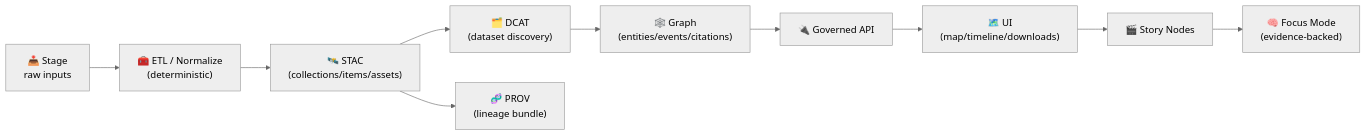
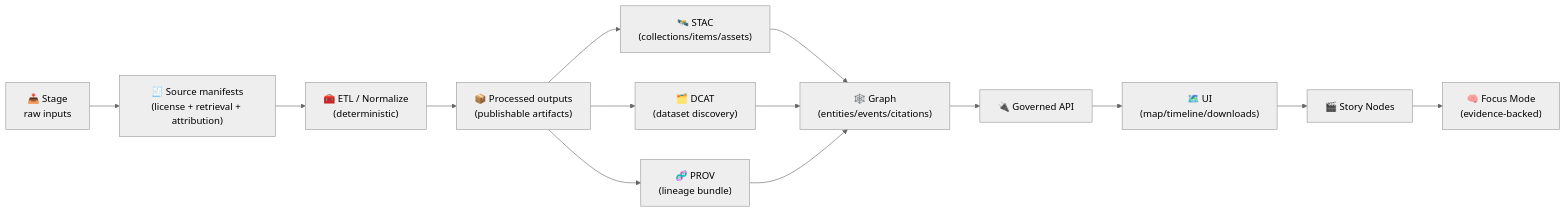
One commit to bartytime4life/Kansas-Frontier-Matrix changed the diagram in data/catalog/README.md. Above: the diagram before and after it, drawn with Mermaid (neutral theme). The commit also changed other lines of this file, not shown here.

````diff
--- a/data/catalog/README.md
+++ b/data/catalog/README.md
@@ -79,12 +89,19 @@
 ```mermaid
 flowchart LR
-  RAW["📥 Stage<br/>raw inputs"] --> ETL["🧰 ETL / Normalize<br/>(deterministic)"]
-  ETL --> STAC["🛰️ STAC<br/>(collections/items/assets)"]
-  STAC --> DCAT["🗂️ DCAT<br/>(dataset discovery)"]
-  STAC --> PROV["🧬 PROV<br/>(lineage bundle)"]
-  DCAT --> GRAPH["🕸️ Graph<br/>(entities/events/citations)"]
+  RAW["📥 Stage<br/>raw inputs"] --> SOURCES["🧾 Source manifests<br/>(license + retrieval + attribution)"]
+  SOURCES --> ETL["🧰 ETL / Normalize<br/>(deterministic)"]
+  ETL --> OUT["📦 Processed outputs<br/>(publishable artifacts)"]
+
+  OUT --> STAC["🛰️ STAC<br/>(collections/items/assets)"]
+  OUT --> DCAT["🗂️ DCAT<br/>(dataset discovery)"]
+  OUT --> PROV["🧬 PROV<br/>(lineage bundle)"]
+
+  STAC --> GRAPH["🕸️ Graph<br/>(entities/events/citations)"]
+  DCAT --> GRAPH
+  PROV --> GRAPH
+
   GRAPH --> API["🔌 Governed API"]
   API --> UI["🗺️ UI<br/>(map/timeline/downloads)"]
   UI --> STORY["🎬 Story Nodes"]
   STORY --> FOCUS["🧠 Focus Mode<br/>(evidence-backed)"]
 ```
````
